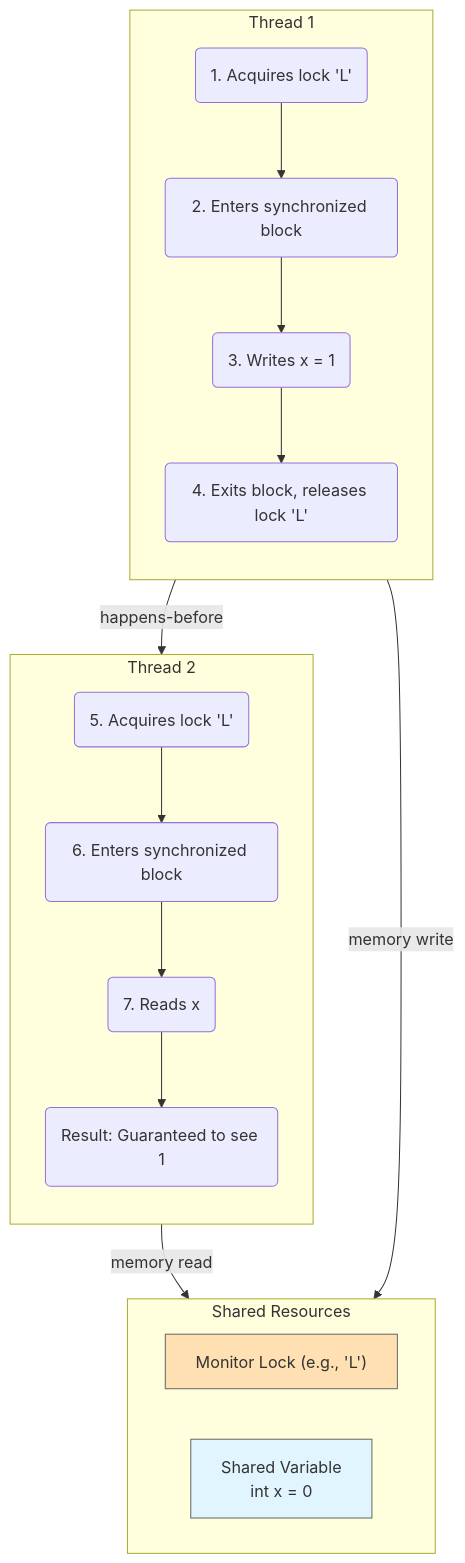
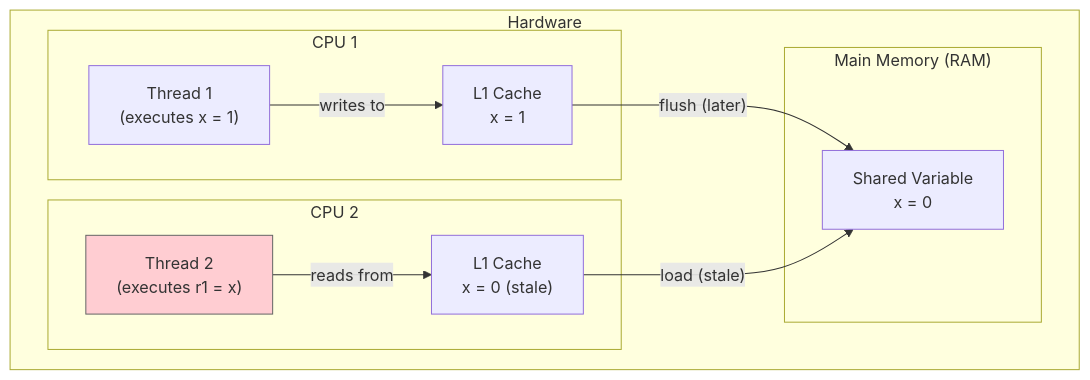
One commit to abhinandanpawar/Learning changed the second of 3 diagrams in java-notes/11-Java-Memory-Model/README.md. Above: the diagram before and after it, drawn with Mermaid. The commit also changed other lines of this file and 9 other files, not shown here.

````diff
--- a/java-notes/11-Java-Memory-Model/README.md
+++ b/java-notes/11-Java-Memory-Model/README.md
@@ -91,29 +62,24 @@
 ```mermaid
 graph TD
-    subgraph "Shared Resources"
+    subgraph "Hardware"
         direction LR
-        Lock["Monitor Lock (e.g., 'L')"]
-        Var["Shared Variable<br/>int x = 0"]
+        subgraph "CPU 1"
+            T1["Thread 1<br/>(executes x = 1)"]
+            C1["L1 Cache<br/>x = 1"]
+        end
+        subgraph "CPU 2"
+            T2["Thread 2<br/>(executes r1 = x)"]
+            C2["L1 Cache<br/>x = 0 (stale)"]
+        end
+        subgraph "Main Memory (RAM)"
+            M["Shared Variable<br/>x = 0"]
+        end
     end
 
-    subgraph "Thread 1"
-        direction TD
-        A1("1. Acquires lock 'L'") --> A2("2. Enters synchronized block")
-        A2 --> A3("3. Writes x = 1")
-        A3 --> A4("4. Exits block, releases lock 'L'")
-    end
+    T1 -- "writes to" --> C1
+    T2 -- "reads from" --> C2
+    C1 -- "flush (later)" --> M
+    C2 -- "load (stale)" --> M
 
-    subgraph "Thread 2"
-        direction TD
-        B1("5. Acquires lock 'L'") --> B2("6. Enters synchronized block")
-        B2 --> B3("7. Reads x")
-        B3 --> B4("Result: Guaranteed to see 1")
-    end
-
-    A4 -- "happens-before" --> B1
-    A3 -- "memory write" --> Var
-    B3 -- "memory read" --> Var
-
-    style Lock fill:#ffe0b2,stroke:#666
-    style Var fill:#e1f5fe,stroke:#666
+    style T2 fill:#ffcdd2,stroke:#666
 ```
````
